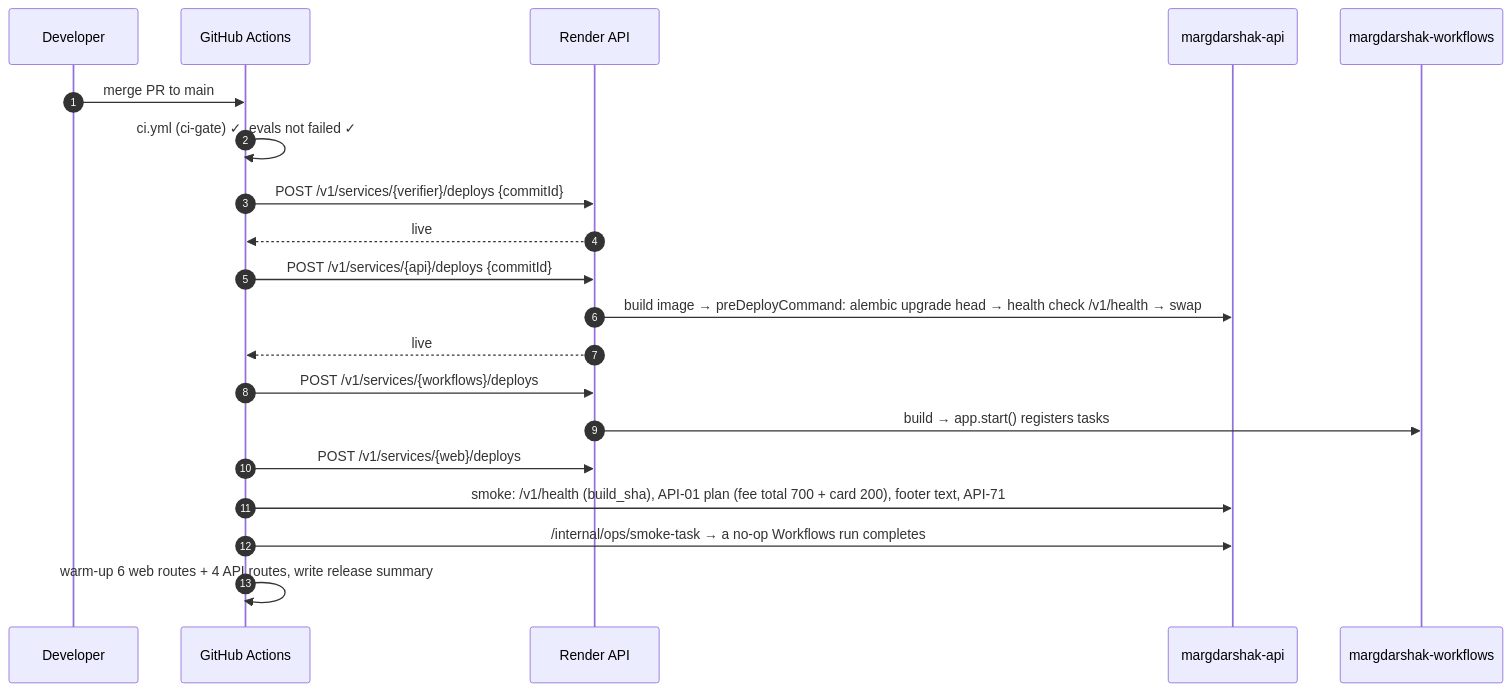
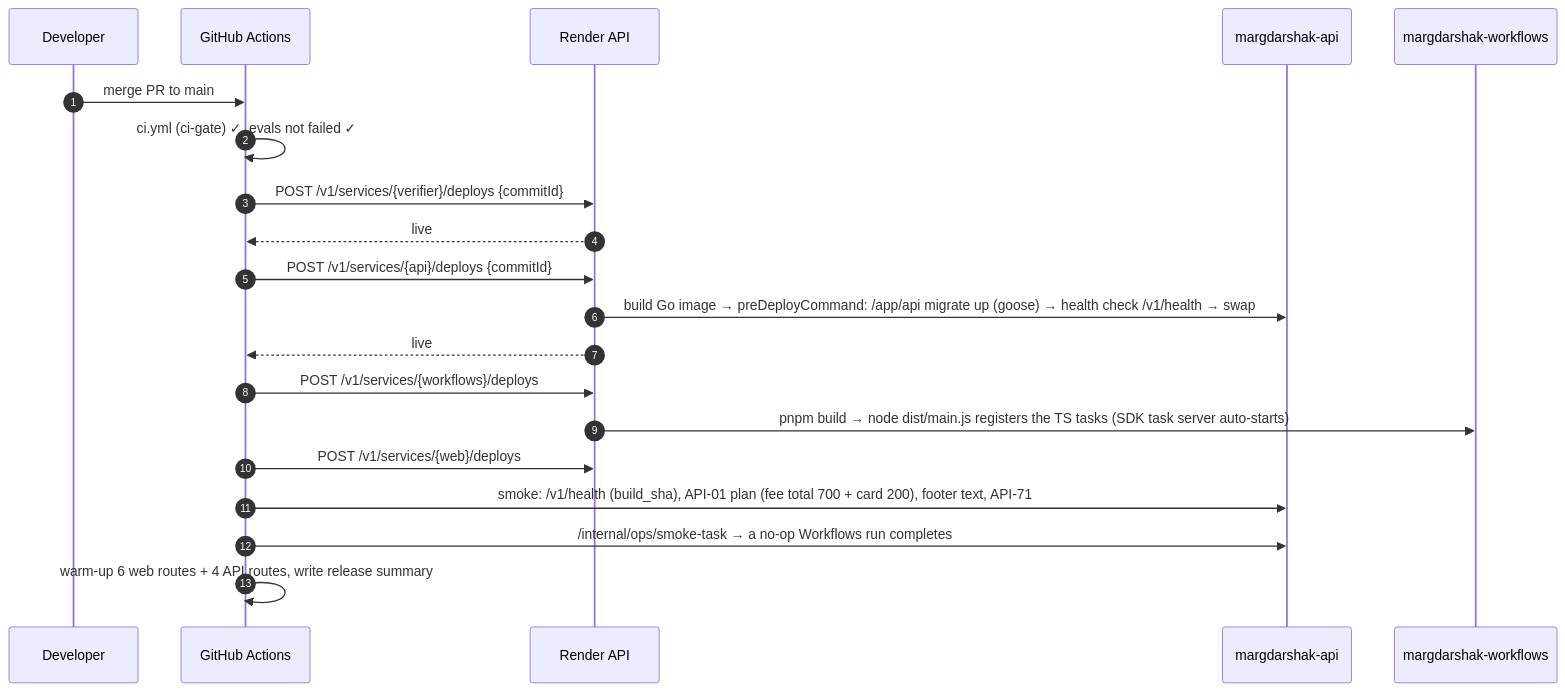
The diagram in docs/05-ops/DEPLOYMENT.md (sruj08/margadarshak), drawn with Mermaid before and after one commit. The commit also changed other lines of this file and 1326 other files, not shown here.

````diff
--- a/docs/05-ops/DEPLOYMENT.md
+++ b/docs/05-ops/DEPLOYMENT.md
@@ -60,22 +63,22 @@
 ```mermaid
 sequenceDiagram
   autonumber
   participant Dev as Developer
   participant GH as GitHub Actions
   participant R as Render API
   participant API as margdarshak-api
   participant WF as margdarshak-workflows
   Dev->>GH: merge PR to main
   GH->>GH: ci.yml (ci-gate) ✓, evals not failed ✓
   GH->>R: POST /v1/services/{verifier}/deploys {commitId}
   R-->>GH: live
   GH->>R: POST /v1/services/{api}/deploys {commitId}
-  R->>API: build image → preDeployCommand: alembic upgrade head → health check /v1/health → swap
+  R->>API: build Go image → preDeployCommand: /app/api migrate up (goose) → health check /v1/health → swap
   R-->>GH: live
   GH->>R: POST /v1/services/{workflows}/deploys
-  R->>WF: build → app.start() registers tasks
+  R->>WF: pnpm build → node dist/main.js registers the TS tasks (SDK task server auto-starts)
   GH->>R: POST /v1/services/{web}/deploys
   GH->>API: smoke: /v1/health (build_sha), API-01 plan (fee total 700 + card 200), footer text, API-71
   GH->>API: /internal/ops/smoke-task → a no-op Workflows run completes
   GH->>GH: warm-up 6 web routes + 4 API routes, write release summary
 ```
````
